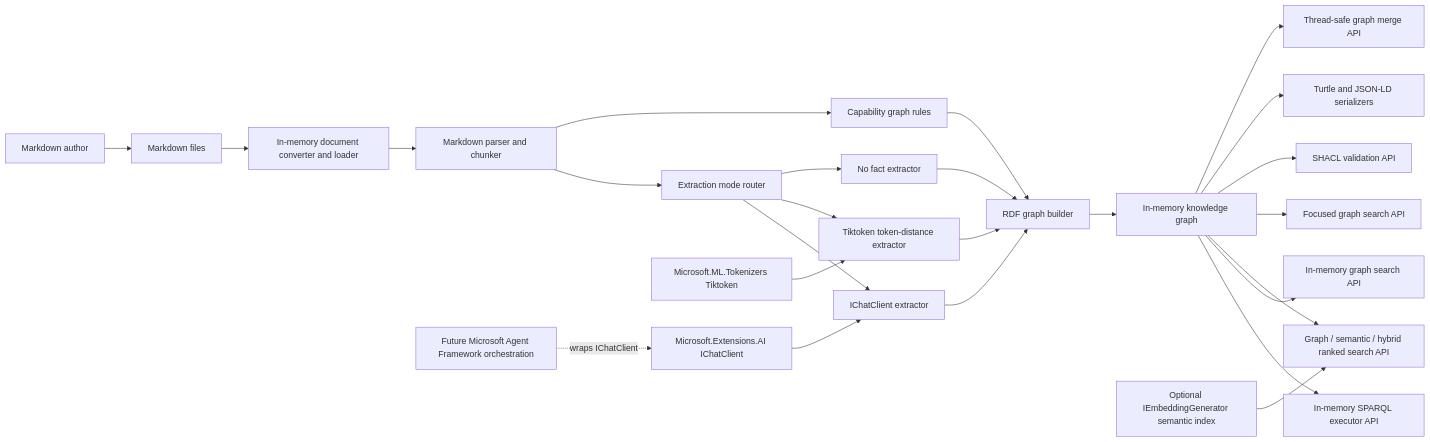
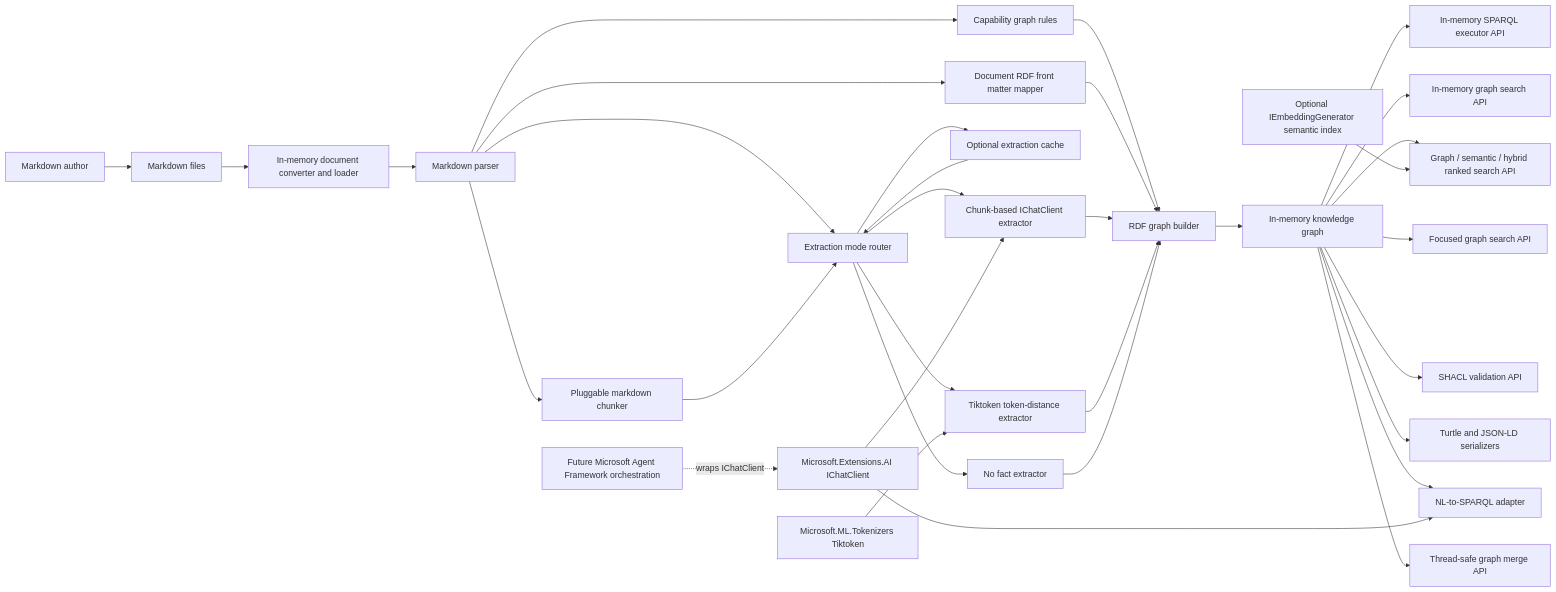
Before and after one commit to managedcode/markdown-ld-kb: the first of 7 diagrams in docs/Architecture.md, drawn with Mermaid. The commit also changed other lines of this file and 85 other files, not shown here.

````diff
--- a/docs/Architecture.md
+++ b/docs/Architecture.md
@@ -17,27 +17,35 @@
 ```mermaid
 flowchart LR
     Author["Markdown author"] --> MarkdownFiles["Markdown files"]
     MarkdownFiles --> Loader["In-memory document converter and loader"]
-    Loader --> Parser["Markdown parser and chunker"]
+    Loader --> Parser["Markdown parser"]
+    Parser --> Chunker["Pluggable markdown chunker"]
     Parser --> Router["Extraction mode router"]
     Parser --> Rules["Capability graph rules"]
-    Router --> ChatExtractor["IChatClient extractor"]
+    Parser --> Metadata["Document RDF front matter mapper"]
+    Chunker --> Router
+    Router --> Cache["Optional extraction cache"]
+    Router --> ChatExtractor["Chunk-based IChatClient extractor"]
     Router --> TokenExtractor["Tiktoken token-distance extractor"]
     Router --> NoExtractor["No fact extractor"]
+    Cache --> Router
     Rules --> Builder
+    Metadata --> Builder
     ChatExtractor --> Builder["RDF graph builder"]
     TokenExtractor --> Builder
     NoExtractor --> Builder
     Builder --> Graph["In-memory knowledge graph"]
     Graph --> Sparql["In-memory SPARQL executor API"]
     Graph --> Search["In-memory graph search API"]
     Graph --> Ranked["Graph / semantic / hybrid ranked search API"]
     Graph --> Focused["Focused graph search API"]
     Graph --> Shacl["SHACL validation API"]
     Graph --> Serializers["Turtle and JSON-LD serializers"]
+    Graph --> NlToSparql["NL-to-SPARQL adapter"]
     Graph --> Merge["Thread-safe graph merge API"]
     Embedder["Optional IEmbeddingGenerator semantic index"] --> Ranked
     IChatClient["Microsoft.Extensions.AI IChatClient"] --> ChatExtractor
+    IChatClient --> NlToSparql
     Tokenizer["Microsoft.ML.Tokenizers Tiktoken"] --> TokenExtractor
     AgentFramework["Future Microsoft Agent Framework orchestration"] -. "wraps IChatClient" .-> IChatClient
 ```
````
